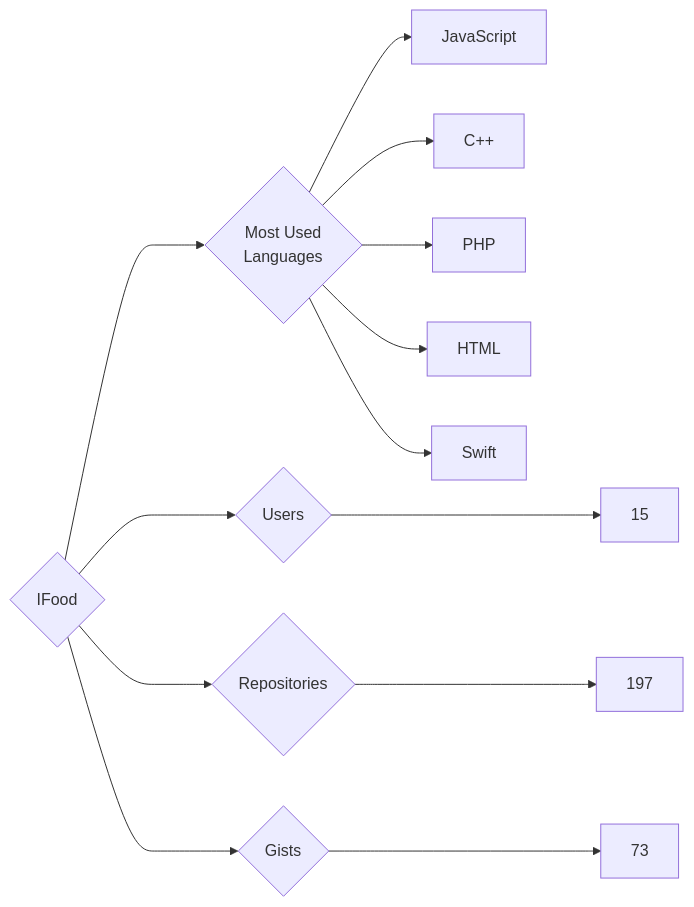
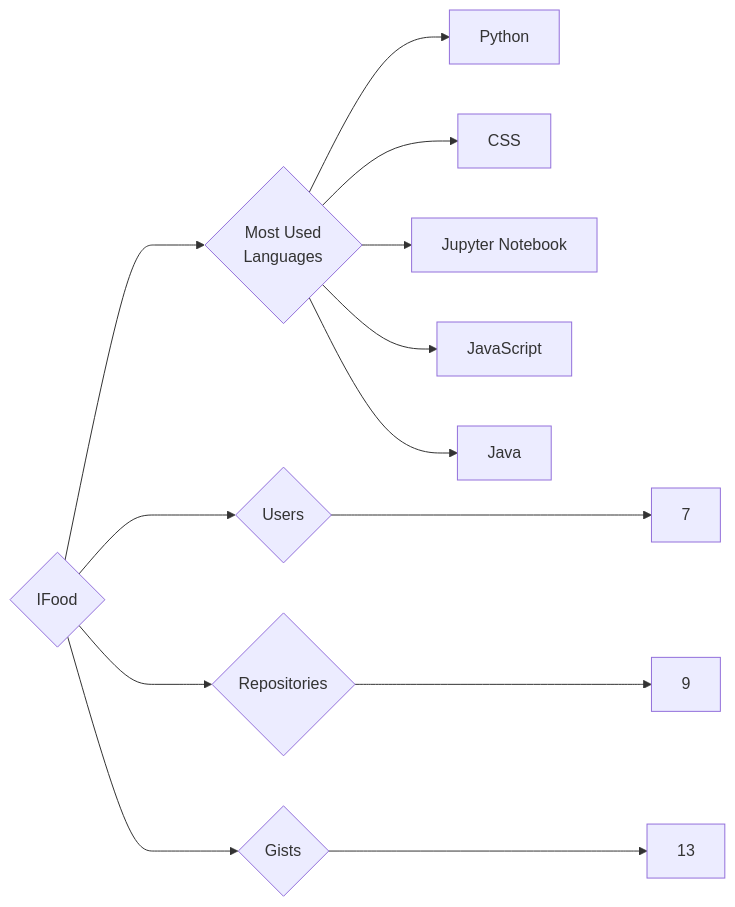
One commit to trickest/insiders changed the diagram in targets/IFood/README.md. Above: the diagram before and after it, drawn with Mermaid. The commit also changed 924 other files, not shown here.

````diff
--- a/targets/IFood/README.md
+++ b/targets/IFood/README.md
@@ -3,13 +3,13 @@
 ```mermaid
 graph LR
 COMPANY_NAME{IFood}
-COMPANY_NAME ---> U{Users} ---> UN[15]
-COMPANY_NAME ---> R{Repositories} ---> RN[197]
-COMPANY_NAME ---> G{Gists} ---> GN[73]
+COMPANY_NAME ---> U{Users} ---> UN[7]
+COMPANY_NAME ---> R{Repositories} ---> RN[9]
+COMPANY_NAME ---> G{Gists} ---> GN[13]
 COMPANY_NAME ---> ML{Most Used<br>Languages}
+ML --> Python[Python]
+ML --> CSS[CSS]
+ML --> Jupyter_Notebook[Jupyter Notebook]
 ML --> JavaScript[JavaScript]
-ML --> C++[C++]
-ML --> PHP[PHP]
-ML --> HTML[HTML]
-ML --> Swift[Swift]
+ML --> Java[Java]
 ```
````
